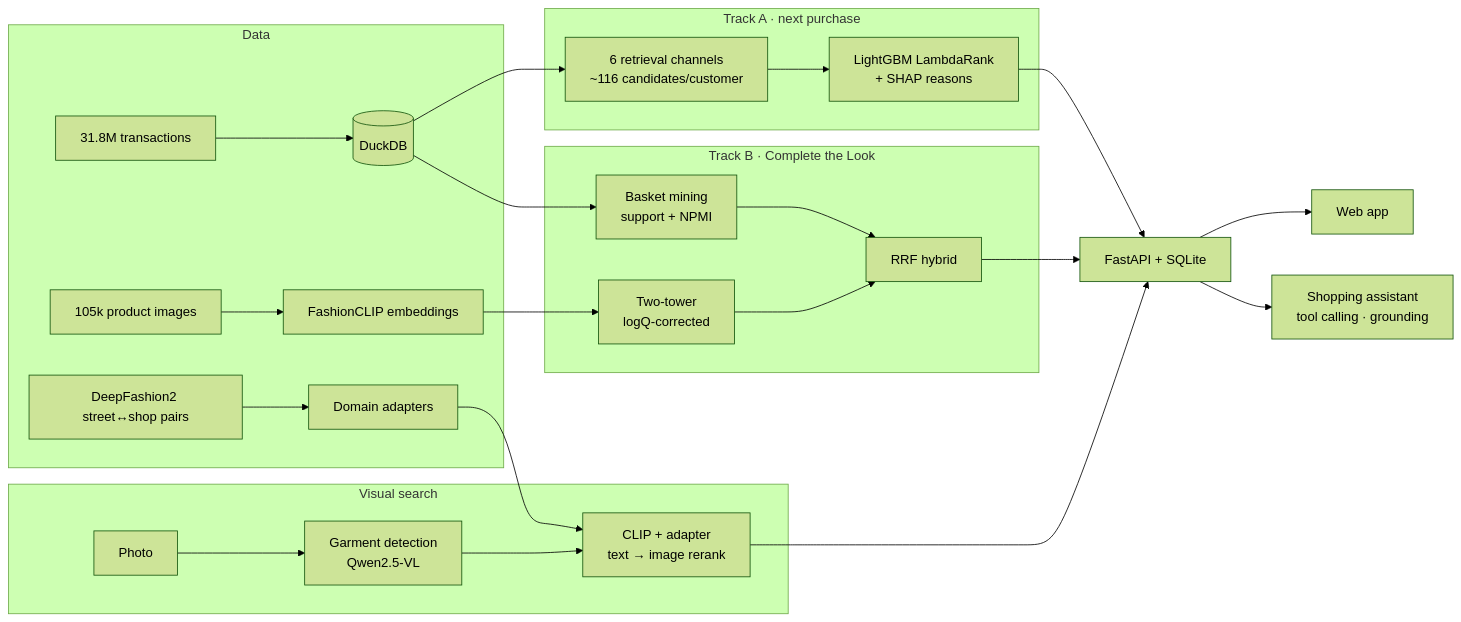
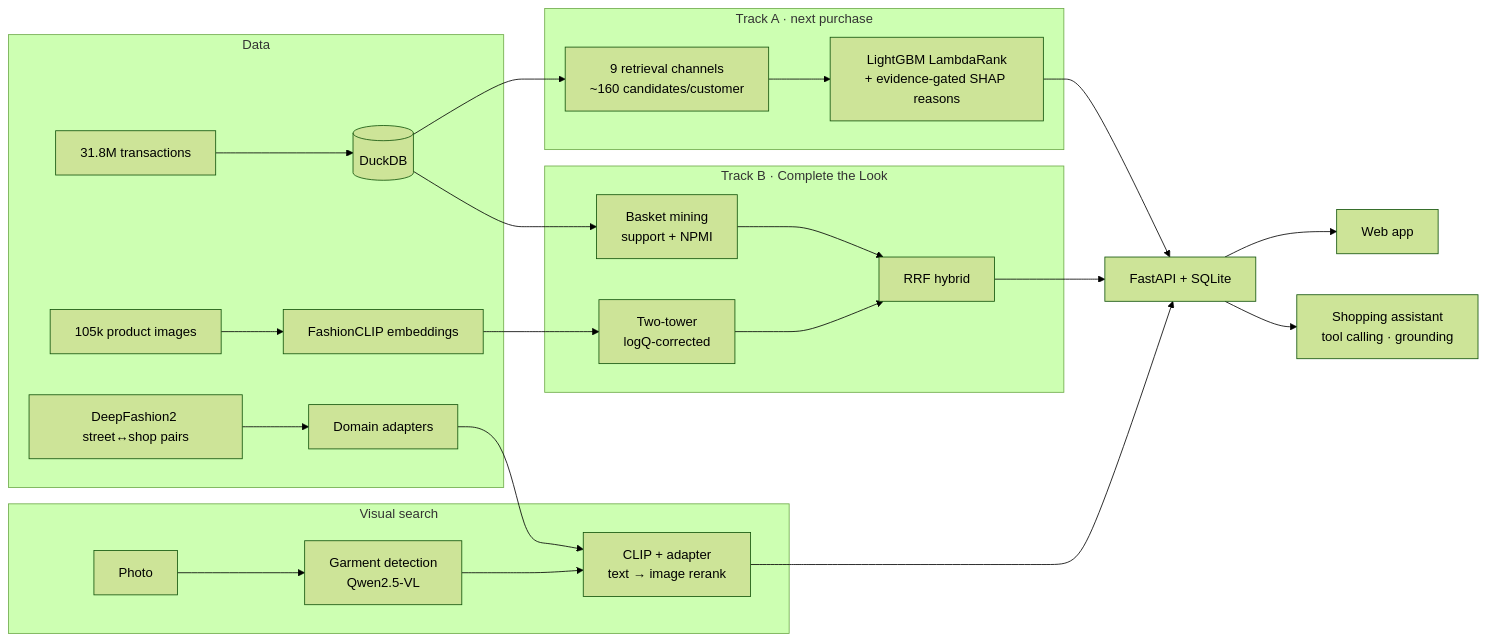
Before and after one commit to yilalalalala/ensemble-outfit-recommender: the diagram in README.md, drawn with Mermaid (forest theme). The commit also changed other lines of this file and 57 other files, not shown here.

````diff
--- a/README.md
+++ b/README.md
@@ -30,24 +30,24 @@
 ```mermaid
 flowchart LR
     subgraph Data
         T[31.8M transactions] --> DB[(DuckDB)]
         I[105k product images] --> CLIP[FashionCLIP embeddings]
         DF2[DeepFashion2 street↔shop pairs] --> AD[Domain adapters]
     end
     subgraph "Track A · next purchase"
-        DB --> R[6 retrieval channels<br/>~116 candidates/customer] --> LR[LightGBM LambdaRank<br/>+ SHAP reasons]
+        DB --> R[9 retrieval channels<br/>~160 candidates/customer] --> LR[LightGBM LambdaRank<br/>+ evidence-gated SHAP reasons]
     end
     subgraph "Track B · Complete the Look"
         DB --> AR[Basket mining<br/>support + NPMI] --> H[RRF hybrid]
         CLIP --> TT[Two-tower<br/>logQ-corrected] --> H
     end
     subgraph "Visual search"
         P[Photo] --> VLM[Garment detection<br/>Qwen2.5-VL] --> VS[CLIP + adapter<br/>text → image rerank]
         AD --> VS
     end
     LR --> API[FastAPI + SQLite]
     H --> API
     VS --> API
     API --> UI[Web app]
     API --> AG[Shopping assistant<br/>tool calling · grounding]
 ```
````
